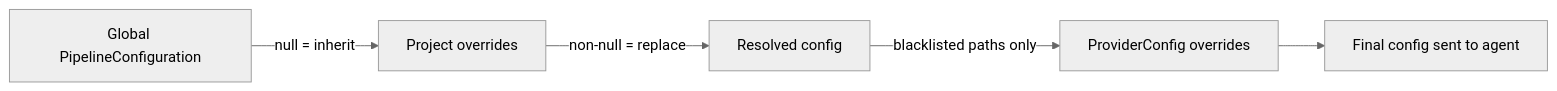
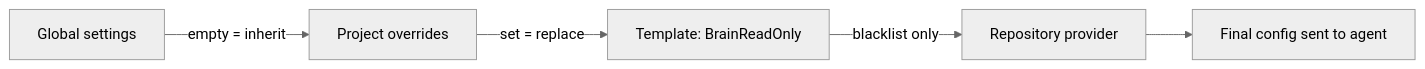
The first of 2 diagrams in docs/projects.md (Chemsorly/coding-agent-automation), drawn with Mermaid (neutral theme) before and after one commit. The commit also changed other lines of this file and 116 other files, not shown here.

````diff
--- a/docs/projects.md
+++ b/docs/projects.md
@@ -18,7 +18,7 @@
 ```mermaid
 flowchart LR
-    A[Global PipelineConfiguration] -->|null = inherit| B[Project overrides]
-    B -->|non-null = replace| C[Resolved config]
-    C -->|blacklisted paths only| D[ProviderConfig overrides]
+    A[Global settings] -->|empty = inherit| B[Project overrides]
+    B -->|set = replace| C[Template: BrainReadOnly]
+    C -->|blacklist only| D[Repository provider]
     D --> E[Final config sent to agent]
 ```
````
